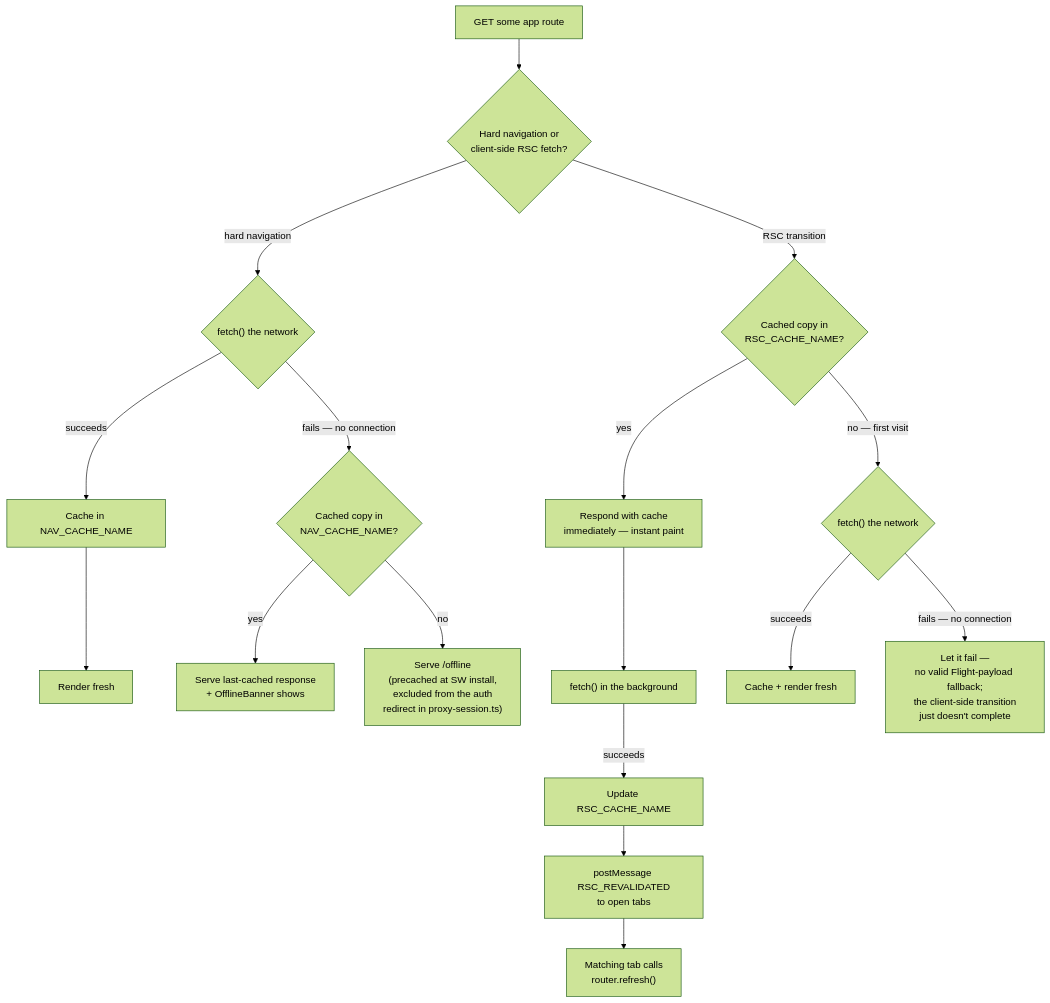
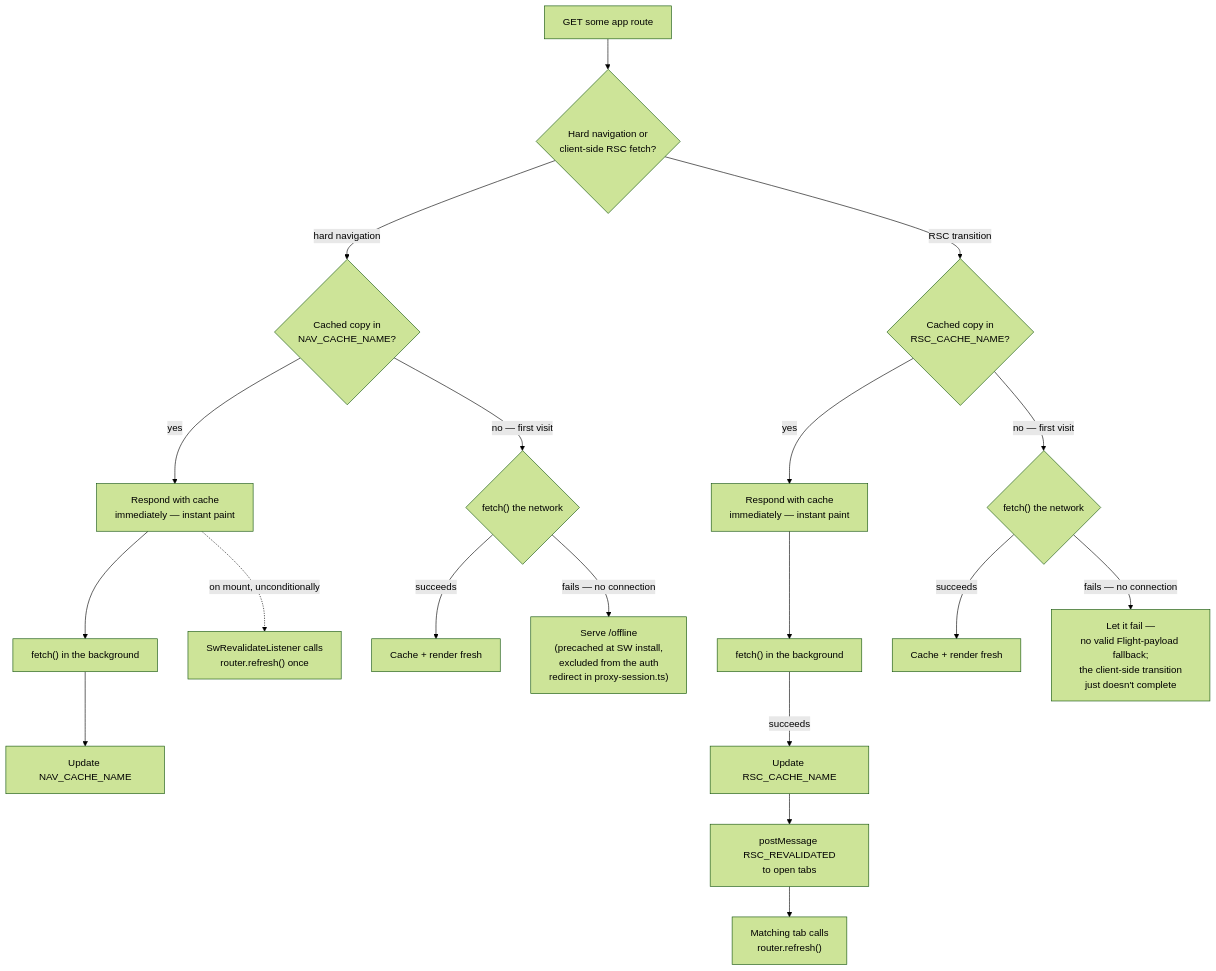
The second of 3 diagrams in docs/architecture.md (nielsvantslot/Birava), drawn with Mermaid (forest theme) before and after one commit. The commit also changed other lines of this file and 2 other files, not shown here.

Commit message:
Serve hard navigations stale-while-revalidate too
Cold app launch is always a hard navigation, so it never benefited from
the RSC stale-while-revalidate change — every open still blocked on a
network round trip even when the app had been opened before. This was
the actual complaint after that change shipped: launching the PWA still
didn't feel as fast as opening it fully offline.

NAV_CACHE_NAME now gets the same treatment as RSC_CACHE_NAME: a cache
hit paints instantly, the real fetch revalidates in the background.
There's no postMessage correction for this shape though — a document
can't be swapped after it's rendered, and there's no guarantee a
listener is attached before the background fetch resolves. Instead,
sw-revalidate-listener.tsx now also calls router.refresh() unconditionally
once on mount, which — since it lives in the root layout and only
remounts on a hard navigation — fires exactly once per app launch and
reconciles any staleness from the cached cold-start paint.

````diff
--- a/docs/architecture.md
+++ b/docs/architecture.md
@@ -91,18 +91,20 @@
 ```mermaid
 flowchart TD
     Req["GET some app route"] --> Shape{"Hard navigation or<br/>client-side RSC fetch?"}
 
-    Shape -->|"hard navigation"| Fetch{"fetch() the network"}
-    Fetch -->|succeeds| Store["Cache in NAV_CACHE_NAME"] --> Render["Render fresh"]
-    Fetch -->|fails — no connection| Lookup{"Cached copy in<br/>NAV_CACHE_NAME?"}
-    Lookup -->|yes| Stale["Serve last-cached response<br/>+ OfflineBanner shows"]
-    Lookup -->|no| Offline["Serve /offline<br/>(precached at SW install,<br/>excluded from the auth<br/>redirect in proxy-session.ts)"]
+    Shape -->|"hard navigation"| Lookup{"Cached copy in<br/>NAV_CACHE_NAME?"}
+    Lookup -->|yes| Paint["Respond with cache<br/>immediately — instant paint"]
+    Paint --> BgFetch["fetch() in the background"] --> Store["Update NAV_CACHE_NAME"]
+    Paint -.->|"on mount, unconditionally"| MountRefresh["SwRevalidateListener calls<br/>router.refresh() once"]
+    Lookup -->|"no — first visit"| Fetch{"fetch() the network"}
+    Fetch -->|succeeds| Render["Cache + render fresh"]
+    Fetch -->|"fails — no connection"| Offline["Serve /offline<br/>(precached at SW install,<br/>excluded from the auth<br/>redirect in proxy-session.ts)"]
 
     Shape -->|"RSC transition"| RscLookup{"Cached copy in<br/>RSC_CACHE_NAME?"}
-    RscLookup -->|yes| Paint["Respond with cache<br/>immediately — instant paint"]
-    Paint --> BgFetch["fetch() in the background"]
-    BgFetch -->|succeeds| RscStore["Update RSC_CACHE_NAME"] --> Notify["postMessage RSC_REVALIDATED<br/>to open tabs"] --> Correct["Matching tab calls<br/>router.refresh()"]
+    RscLookup -->|yes| RscPaint["Respond with cache<br/>immediately — instant paint"]
+    RscPaint --> RscBgFetch["fetch() in the background"]
+    RscBgFetch -->|succeeds| RscStore["Update RSC_CACHE_NAME"] --> Notify["postMessage RSC_REVALIDATED<br/>to open tabs"] --> Correct["Matching tab calls<br/>router.refresh()"]
     RscLookup -->|"no — first visit"| RscFetch{"fetch() the network"}
     RscFetch -->|succeeds| RscRender["Cache + render fresh"]
     RscFetch -->|"fails — no connection"| RscFail["Let it fail —<br/>no valid Flight-payload fallback;<br/>the client-side transition<br/>just doesn't complete"]
 ```
````
